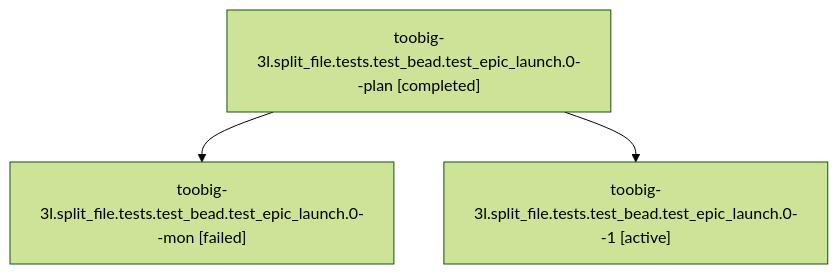
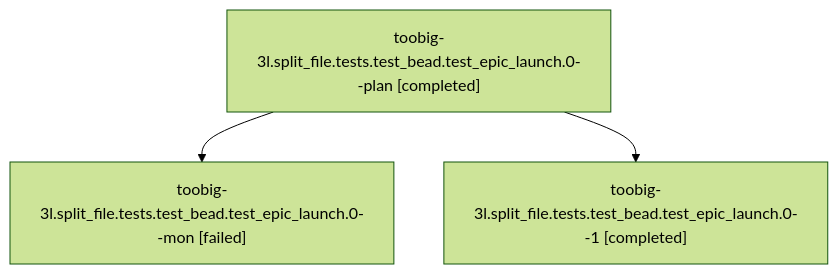
The diagram in families/bbugyi200.athena.toobig-3l.split_file.tests.test_bead.test_epic_launch.0.md (sase-org/sase--agents), drawn with Mermaid (forest theme) before and after one commit. The commit also changed other lines of this file and 28 other files, not shown here.

````diff
--- a/families/bbugyi200.athena.toobig-3l.split_file.tests.test_bead.test_epic_launch.0.md
+++ b/families/bbugyi200.athena.toobig-3l.split_file.tests.test_bead.test_epic_launch.0.md
@@ -9,8 +9,8 @@
 ```mermaid
 flowchart TD
   n0["toobig-3l.split_file.tests.test_bead.test_epic_launch.0--plan [completed]"]
   n1["toobig-3l.split_file.tests.test_bead.test_epic_launch.0--mon [failed]"]
   n0 --> n1
-  n2["toobig-3l.split_file.tests.test_bead.test_epic_launch.0--1 [active]"]
+  n2["toobig-3l.split_file.tests.test_bead.test_epic_launch.0--1 [completed]"]
   n0 --> n2
 ```
````
